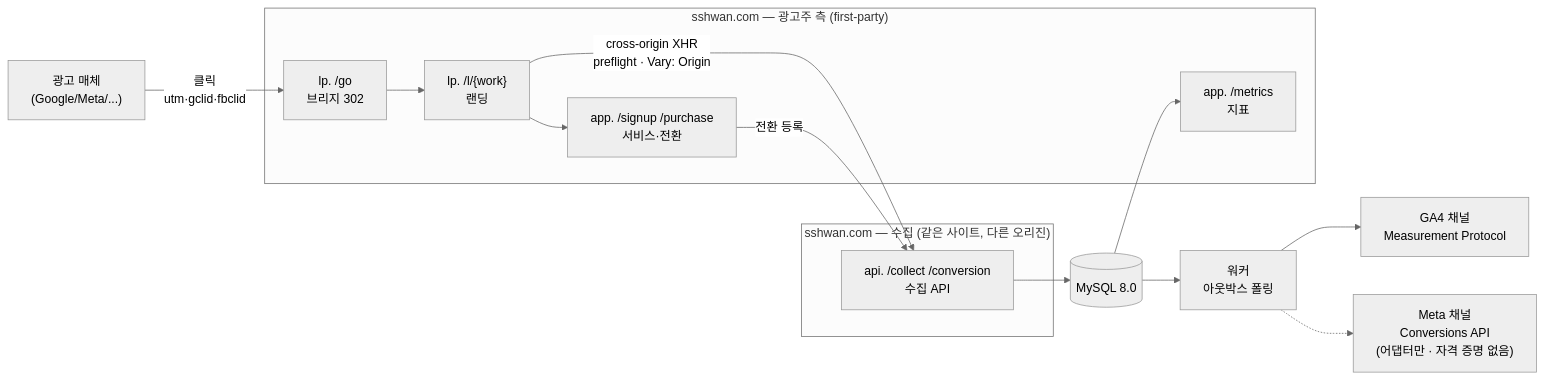
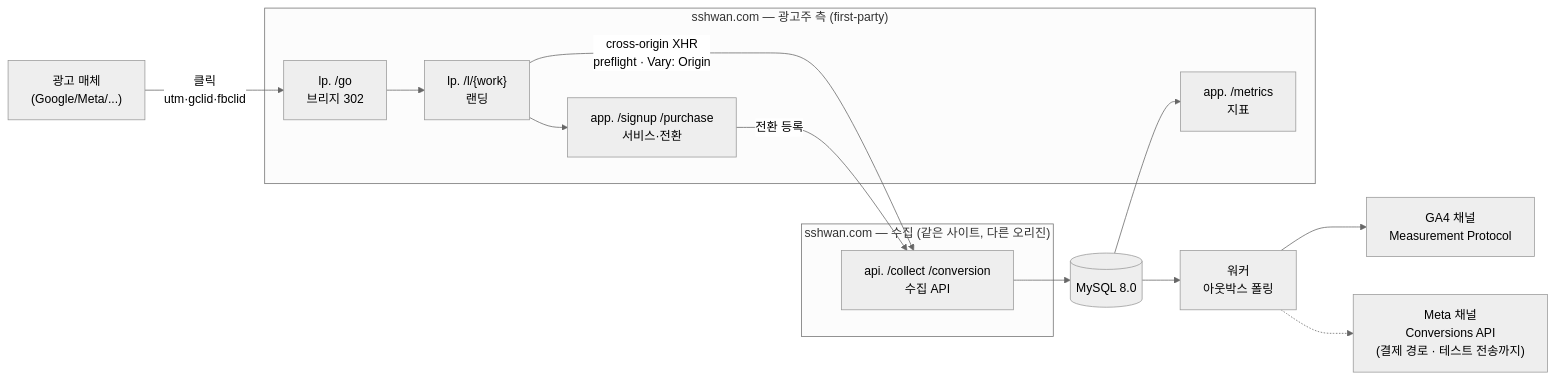
The first of 5 diagrams in docs/architecture.md (http1220/touchpoint), drawn with Mermaid (neutral theme) before and after one commit. The commit also changed 7 other files, not shown here.

````diff
--- a/docs/architecture.md
+++ b/docs/architecture.md
@@ -10,25 +10,25 @@
 ```mermaid
 flowchart LR
     AD["광고 매체<br/>(Google/Meta/...)"] -->|"클릭<br/>utm·gclid·fbclid"| BR
 
     subgraph SHOP["sshwan.com — 광고주 측 (first-party)"]
         BR["lp. /go<br/>브리지 302"]
         LP["lp. /l/{work}<br/>랜딩"]
         APP["app. /signup /purchase<br/>서비스·전환"]
         MET["app. /metrics<br/>지표"]
     end
 
     subgraph TRACK["sshwan.com — 수집 (같은 사이트, 다른 오리진)"]
         API["api. /collect /conversion<br/>수집 API"]
     end
 
     BR --> LP
     LP -->|"cross-origin XHR<br/>preflight · Vary: Origin"| API
     LP --> APP
     APP -->|"전환 등록"| API
     API --> DB[("MySQL 8.0")]
     DB --> W["워커<br/>아웃박스 폴링"]
     W --> GA["GA4 채널<br/>Measurement Protocol"]
-    W -.-> META["Meta 채널<br/>Conversions API<br/>(어댑터만 · 자격 증명 없음)"]
+    W -.-> META["Meta 채널<br/>Conversions API<br/>(결제 경로 · 테스트 전송까지)"]
     DB --> MET
 ```
````
